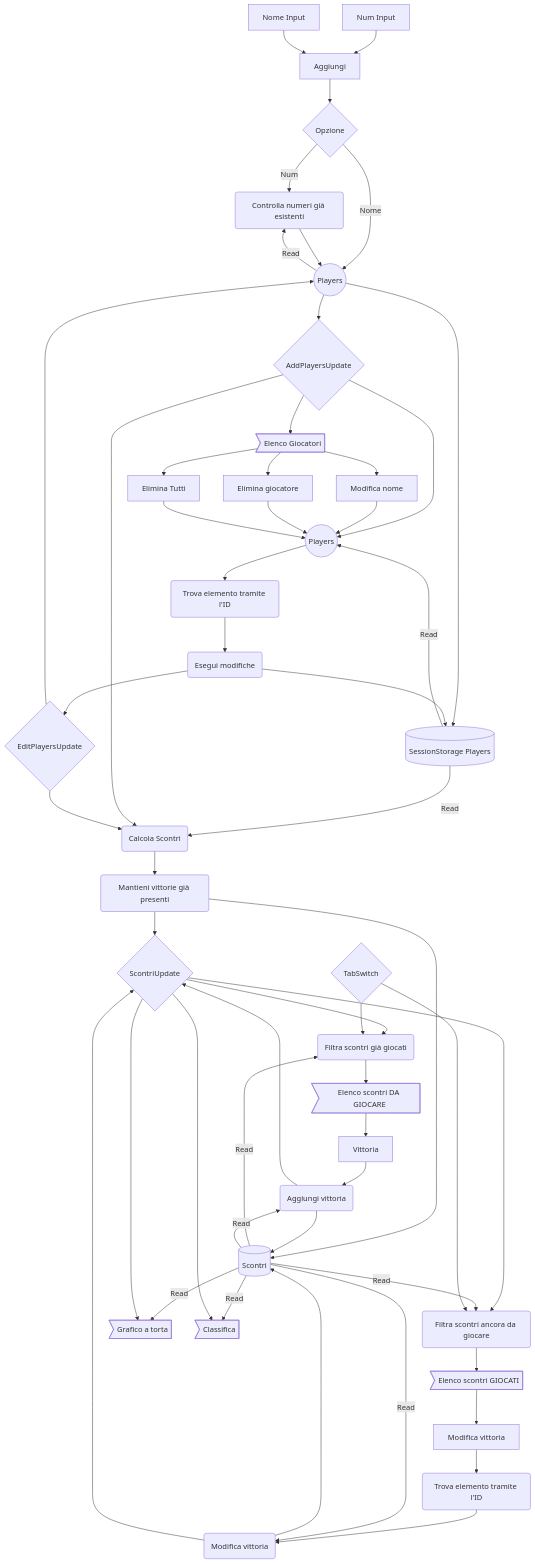
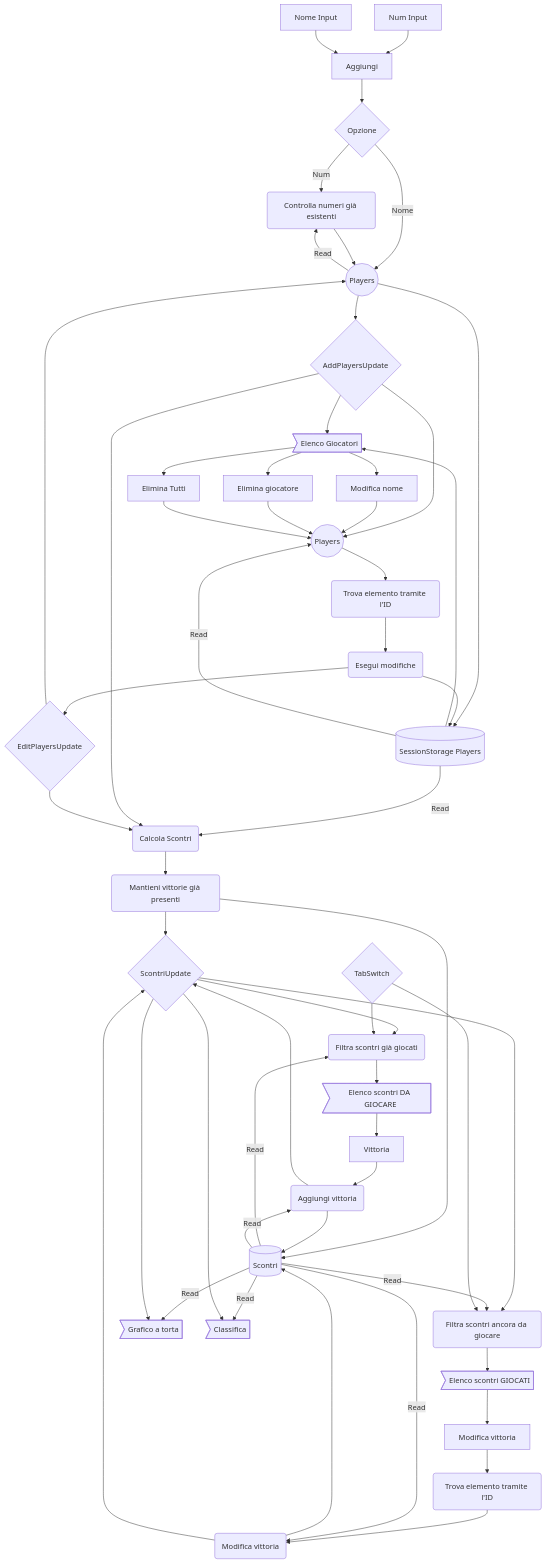
The diagram in README.md (Itasimo/campionati-iis-falcone-righi), drawn with Mermaid before and after one commit.

Commit message:
Update README.md
Fix al grafico

````diff
--- a/README.md
+++ b/README.md
@@ -5,55 +5,56 @@
 ```mermaid
 graph TD
 a1[Num Input] --> a2[Aggiungi]
 a3[Nome Input] --> a2
 a2 --> a4{Opzione}
 a4 -- Num --> a5(Controlla numeri già esistenti)
 a4 -- Nome --> a6((Players))
 a5 --> a6
 a6 --Read--> a5
 a6 --> A{AddPlayersUpdate}
 a6 --> B[(SessionStorage Players)]
 A --> b1>Elenco Giocatori]
+B --> b1
 b1 --> b3[Modifica nome]
 b1 --> b4[Elimina giocatore]
 b1 --> b5[Elimina Tutti]
 A --> c1((Players))
 b3 --> c1
 b4 --> c1
 b5 --> c1
 B --Read--> c1
 c1 --> c2(Trova elemento tramite l'ID)
 c2 --> c3(Esegui modifiche)
 c3 --> C{EditPlayersUpdate}
 C --> a6
 c3 --> B
 B --Read--> d1(Calcola Scontri)
 A --> d1
 C --> d1
 d1 --> d2(Mantieni vittorie già presenti)
 d2 --> D{ScontriUpdate}
 d2 --> E[(Scontri)]
 D --> e1(Filtra scontri già giocati)
 E --Read--> e1
 e1 --> e2>Elenco scontri DA GIOCARE]
 e2 --> e3[Vittoria]
 e3 --> e4(Aggiungi vittoria)
 e4 --> E
 E --Read--> e4
 e4 --> D
 D --> f1(Filtra scontri ancora da giocare)
 E --Read--> f1
 f1 --> f2>Elenco scontri GIOCATI]
 f2 --> f3[Modifica vittoria]
 f3 --> f4(Trova elemento tramite l'ID)
 f4 --> f5(Modifica vittoria)
 f5 --> E
 E --Read--> f5
 f5 --> D
 F{TabSwitch} --> e1
 F --> f1
 E --Read--> g1>Grafico a torta]
 D --> g1
 E --Read--> g2>Classifica]
 D --> g2
 ```
````
